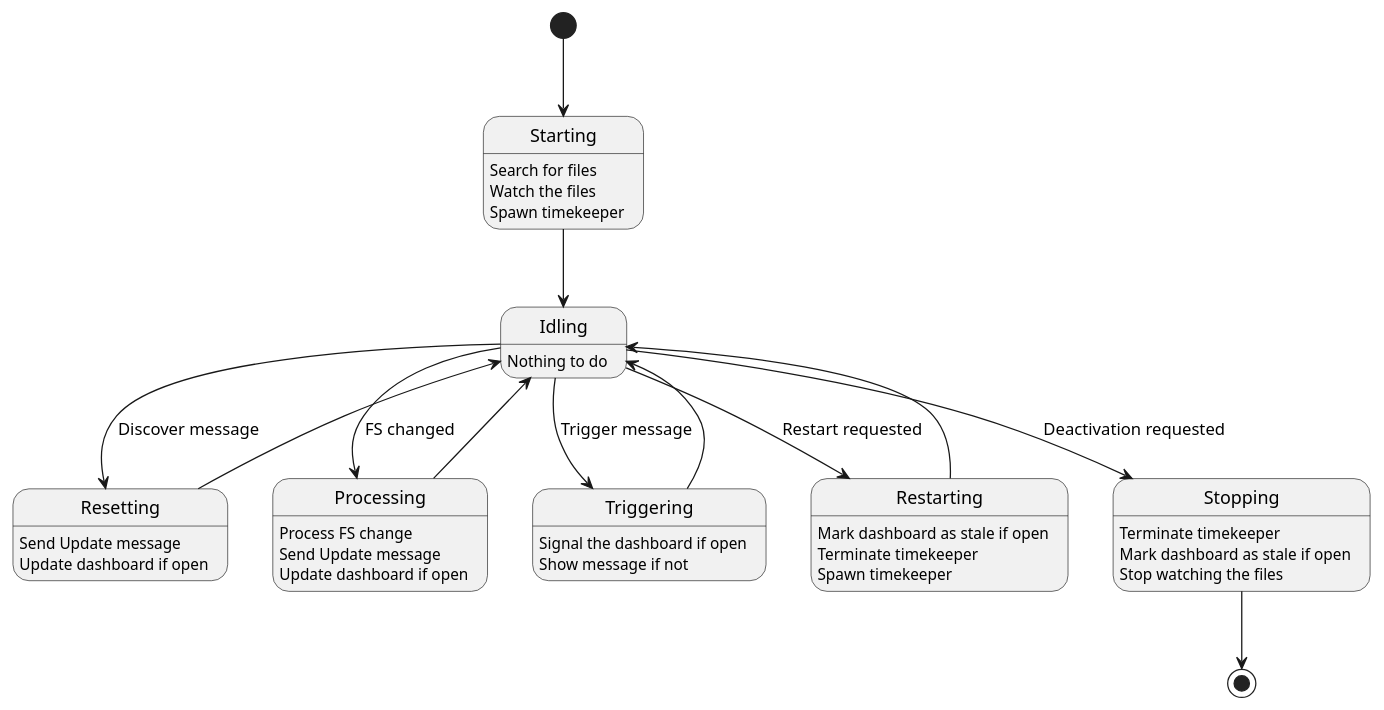
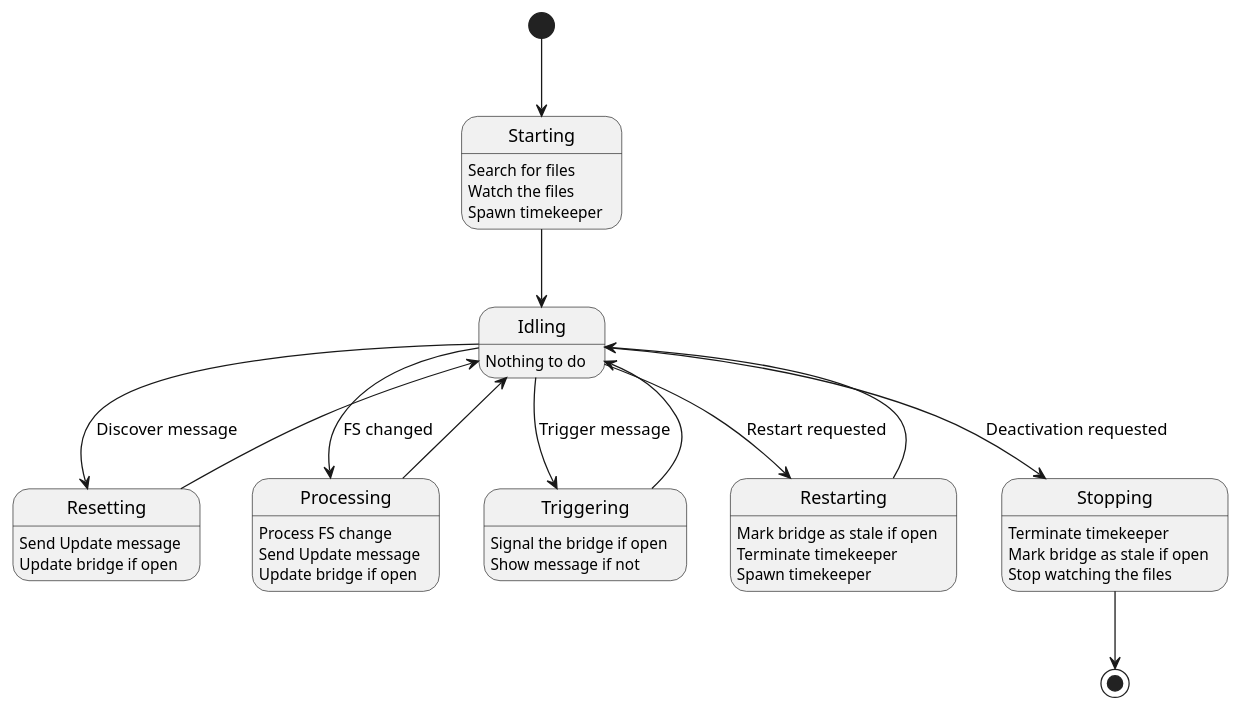
One commit to esdmr/notepadd changed the diagram in diagrams/bookkeeperState.plantuml. Above: the diagram before and after it, drawn with PlantUML. The commit also changed 2 other files, not shown here.

Commit message:
docs: dashboard is now called the bridge

```diff
--- a/diagrams/bookkeeperState.plantuml
+++ b/diagrams/bookkeeperState.plantuml
@@ -1,46 +1,46 @@
 @startuml bookkeeperState
 hide empty description
 
 Starting : \
 Search for files\n\
 Watch the files\n\
 Spawn timekeeper
 [*] --> Starting
 
 Idling : Nothing to do
 Starting --> Idling
 
 Resetting : \
 Send Update message\n\
-Update dashboard if open
+Update bridge if open
 Idling --> Resetting : Discover message
 Resetting --> Idling
 
 Processing : \
 Process FS change\n\
 Send Update message\n\
-Update dashboard if open
+Update bridge if open
 Idling --> Processing : FS changed
 Processing --> Idling
 
 Triggering : \
-Signal the dashboard if open\n\
+Signal the bridge if open\n\
 Show message if not
 Idling --> Triggering : Trigger message
 Triggering --> Idling
 
 Restarting : \
-Mark dashboard as stale if open\n\
+Mark bridge as stale if open\n\
 Terminate timekeeper\n\
 Spawn timekeeper
 Idling --> Restarting : Restart requested
 Restarting --> Idling
 
 Stopping : \
 Terminate timekeeper\n\
-Mark dashboard as stale if open\n\
+Mark bridge as stale if open\n\
 Stop watching the files
 Idling --> Stopping : Deactivation requested
 Stopping --> [*]
 
 @enduml
```
